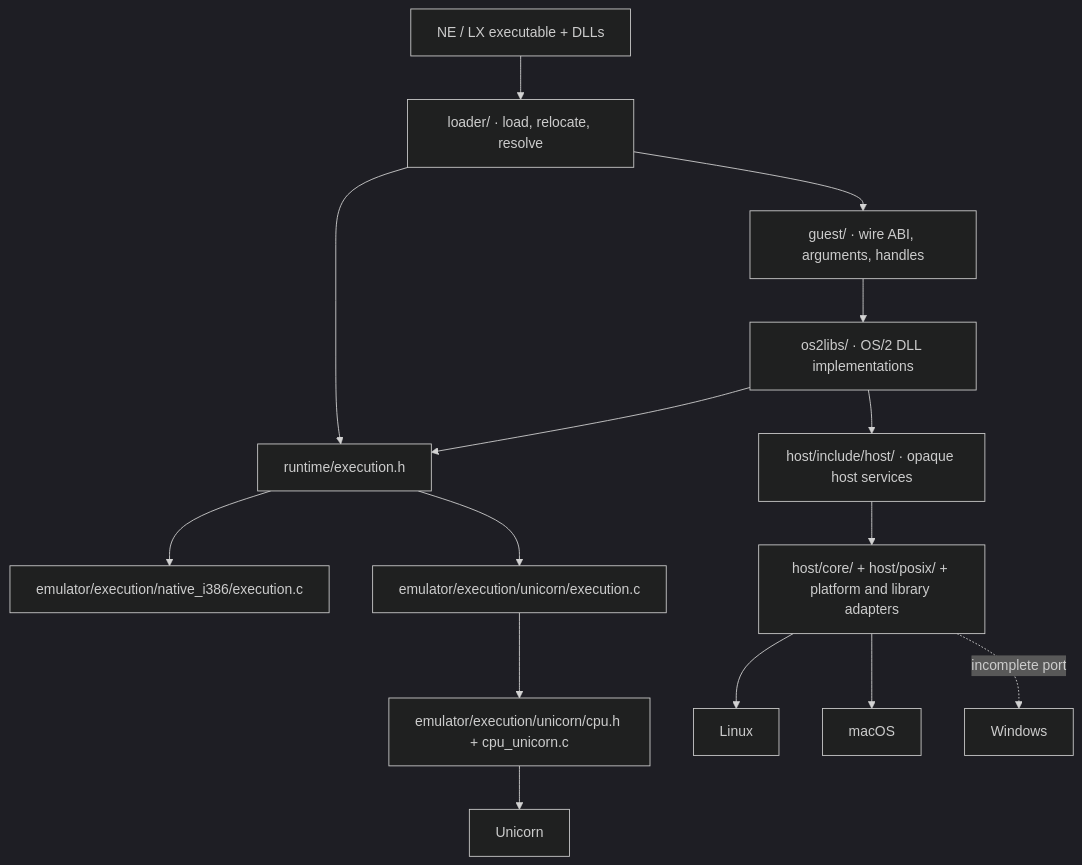
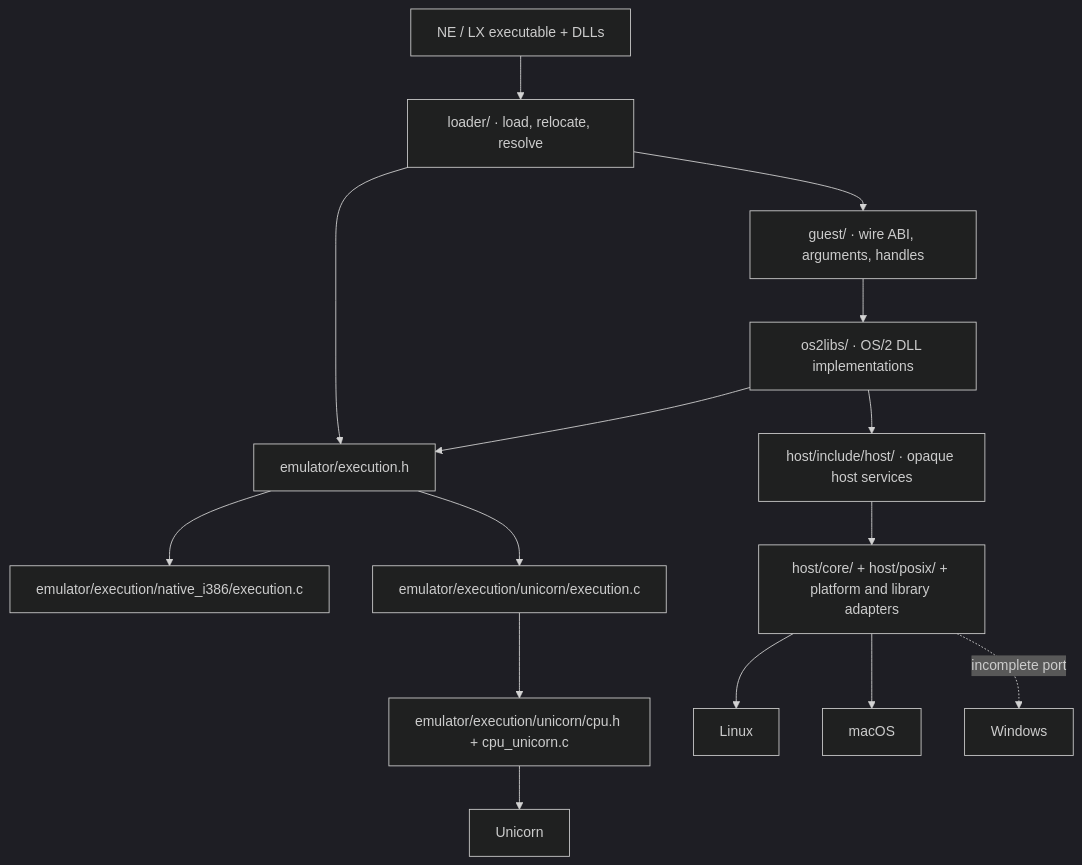
The first of 9 diagrams in docs/architecture.md (bitwisecook/2ine), drawn with Mermaid (dark theme) before and after one commit. The commit also changed 23 other files, not shown here.

First line of the commit message:
Move execution dispatch to emulator/execution/core

````diff
--- a/docs/architecture.md
+++ b/docs/architecture.md
@@ -9,16 +9,16 @@
 ```mermaid
 flowchart TD
     Image["NE / LX executable + DLLs"] --> Loader["loader/ · load, relocate, resolve"]
     Loader --> Guest["guest/ · wire ABI, arguments, handles"]
     Guest --> APIs["os2libs/ · OS/2 DLL implementations"]
-    Loader --> Execution["runtime/execution.h"]
+    Loader --> Execution["emulator/execution.h"]
     APIs --> Execution
     Execution --> Native["emulator/execution/native_i386/execution.c"]
     Execution --> Emulator["emulator/execution/unicorn/execution.c"]
     Emulator --> CPU["emulator/execution/unicorn/cpu.h + cpu_unicorn.c"] --> Unicorn["Unicorn"]
     APIs --> Host["host/include/host/ · opaque host services"]
     Host --> Adapters["host/core/ + host/posix/ + platform and library adapters"]
     Adapters --> Linux["Linux"]
     Adapters --> Mac["macOS"]
     Adapters -. incomplete port .-> Windows["Windows"]
 ```
````
